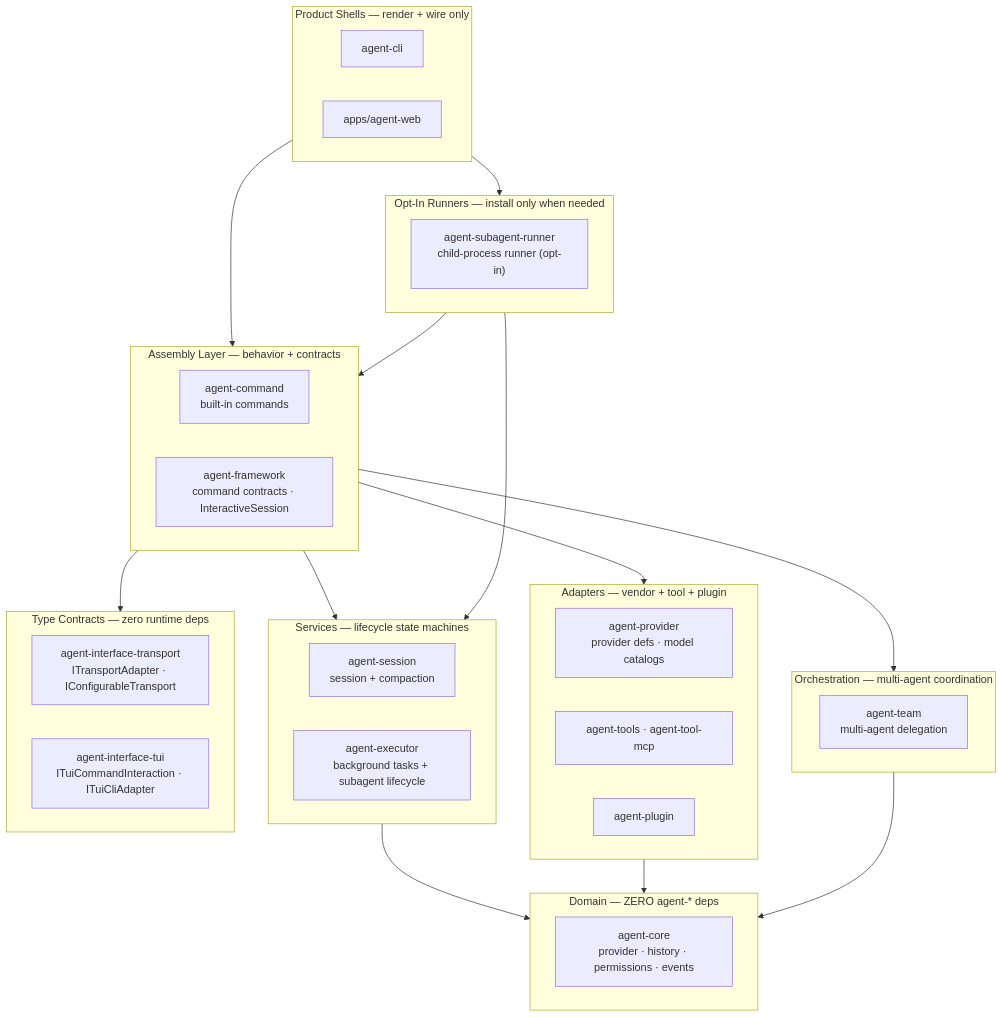
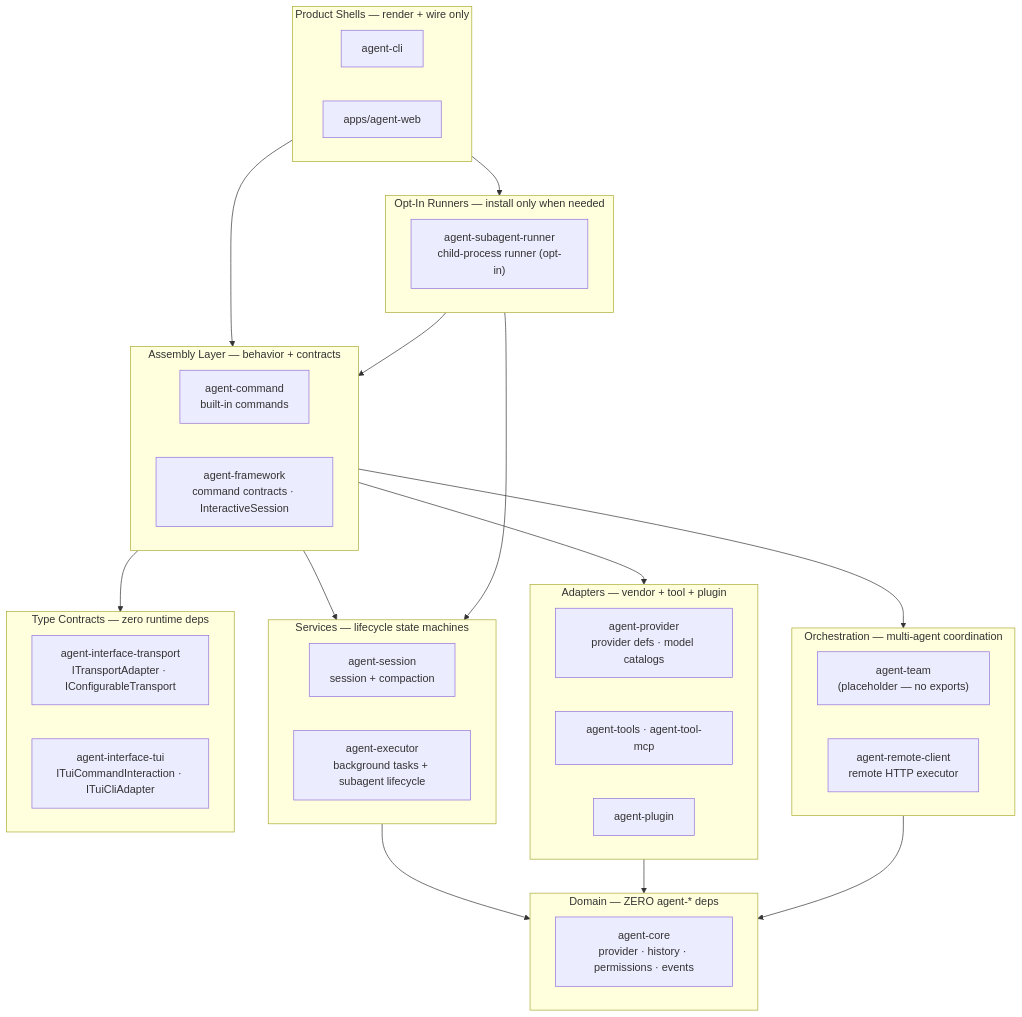
One commit to woojubb/robota changed the diagram in .agents/specs/architecture-map/capability-placement.md. Above: the diagram before and after it, drawn with Mermaid. The commit also changed other lines of this file and 2 other files, not shown here.

First line of the commit message:
chore(arch): mark agent-team as placeholder in arch map diagrams (#532)

````diff
--- a/.agents/specs/architecture-map/capability-placement.md
+++ b/.agents/specs/architecture-map/capability-placement.md
@@ -14,45 +14,46 @@
 ```mermaid
 flowchart TB
   subgraph Shell["Product Shells — render + wire only"]
     CLI2["agent-cli"]
     Web["apps/agent-web"]
   end
   subgraph Assembly["Assembly Layer — behavior + contracts"]
     CMD["agent-command\nbuilt-in commands"]
     FW["agent-framework\ncommand contracts · InteractiveSession"]
   end
   subgraph Services["Services — lifecycle state machines"]
     SESS["agent-session\nsession + compaction"]
     EXEC["agent-executor\nbackground tasks + subagent lifecycle"]
   end
   subgraph OptIn["Opt-In Runners — install only when needed"]
     SUBRUN["agent-subagent-runner\nchild-process runner (opt-in)"]
   end
   subgraph Adapters["Adapters — vendor + tool + plugin"]
     PROV["agent-provider\nprovider defs · model catalogs"]
     TOOLS["agent-tools · agent-tool-mcp"]
     PLUGIN["agent-plugin"]
   end
   subgraph Orchestration["Orchestration — multi-agent coordination"]
-    TEAM["agent-team\nmulti-agent delegation"]
+    TEAM["agent-team\n(placeholder — no exports)"]
+    REMOTE["agent-remote-client\nremote HTTP executor"]
   end
   subgraph TypeContracts["Type Contracts — zero runtime deps"]
     IFTRANSPORT["agent-interface-transport\nITransportAdapter · IConfigurableTransport"]
     IFTUI["agent-interface-tui\nITuiCommandInteraction · ITuiCliAdapter"]
   end
   subgraph Domain["Domain — ZERO agent-* deps"]
     CORE["agent-core\nprovider · history · permissions · events"]
   end
 
   Shell --> Assembly
   Shell --> OptIn
   Assembly --> Services
   Assembly --> Adapters
   Assembly --> Orchestration
   Assembly --> TypeContracts
   Services --> Domain
   Adapters --> Domain
   Orchestration --> Domain
   OptIn --> Assembly
   OptIn --> Services
 ```
````
